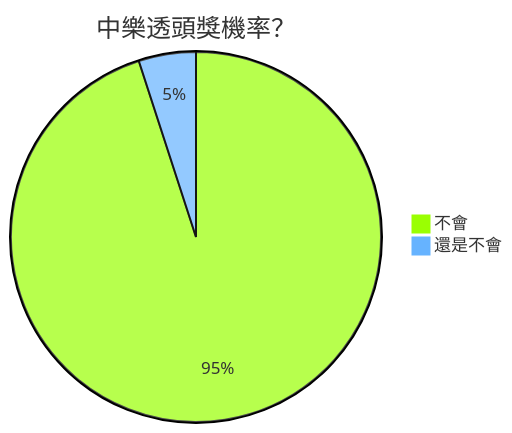
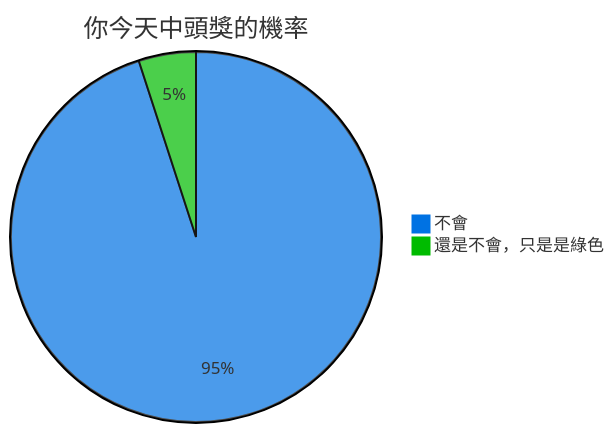
Before and after one commit to Zontion/Note: the third of 3 diagrams in content/學習筆記/筆記網站相關/MarkDown語法.md, drawn with Mermaid. The commit also changed 1 other file, not shown here.

Commit message:
調整圓餅圖設計

````diff
--- a/content/學習筆記/筆記網站相關/MarkDown語法.md
+++ b/content/學習筆記/筆記網站相關/MarkDown語法.md
@@ -167,9 +167,9 @@
 ``` mermaid 
-%%{init: {'theme': 'base', 'themeVariables': { 'pie1': '#9AFF02', 'pie2': '#66B3FF', 'pie3': '#FFA042'}}}%%
+%%{init: {'theme': 'base', 'themeVariables': { 'pie1': '#0072E3', 'pie2': '#00BB00', 'pie3': '#FFA042'}}}%%
 pie
 
-title 中樂透頭獎機率？
+title 你今天中頭獎的機率
 
 "不會" : 95
-"還是不會" : 5
+"還是不會，只是是綠色" : 5
 ```
````
